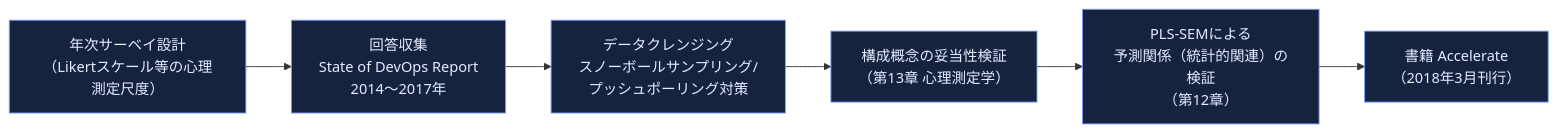
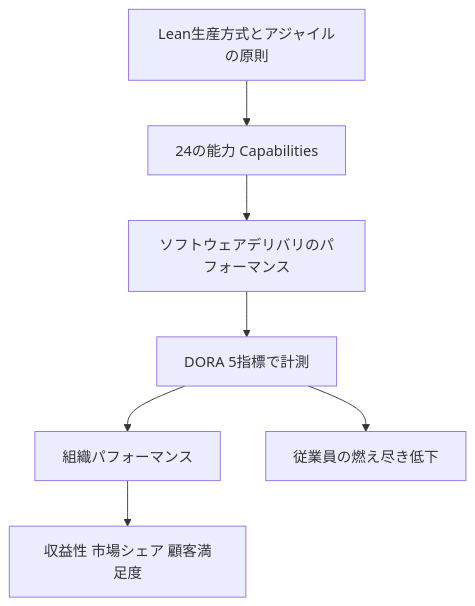
Before and after one commit to myoshi2891/Cloud-Infrastructure-Studies: the first of 6 diagrams in Accelerate-lean-devops-guide.md, drawn with Mermaid. The commit also changed other lines of this file and 1 other file, not shown here.

Commit message:
docs(devops): update Accelerate guide and add standalone HTML guide

````diff
--- a/Accelerate-lean-devops-guide.md
+++ b/Accelerate-lean-devops-guide.md
@@ -110,11 +33,9 @@
 ```mermaid
-flowchart LR
-    A["年次サーベイ設計<br/>（Likertスケール等の心理測定尺度）"] --> B["回答収集<br/>State of DevOps Report<br/>2014〜2017年"]
-    B --> C["データクレンジング<br/>スノーボールサンプリング/<br/>プッシュポーリング対策"]
-    C --> D["構成概念の妥当性検証<br/>（第13章 心理測定学）"]
-    D --> E["PLS-SEMによる<br/>予測関係（統計的関連）の検証<br/>（第12章）"]
-    E --> F["書籍 Accelerate<br/>（2018年3月刊行）"]
-
-    classDef step fill:#16233f,stroke:#7c9eff,color:#e6ebff
-    class A,B,C,D,E,F step
+flowchart TB
+    A["Lean生産方式とアジャイルの原則"] --> B["24の能力 Capabilities"]
+    B --> C["ソフトウェアデリバリのパフォーマンス"]
+    C --> D["DORA 5指標で計測"]
+    D --> E["組織パフォーマンス"]
+    D --> F["従業員の燃え尽き低下"]
+    E --> G["収益性 市場シェア 顧客満足度"]
 ```
````
